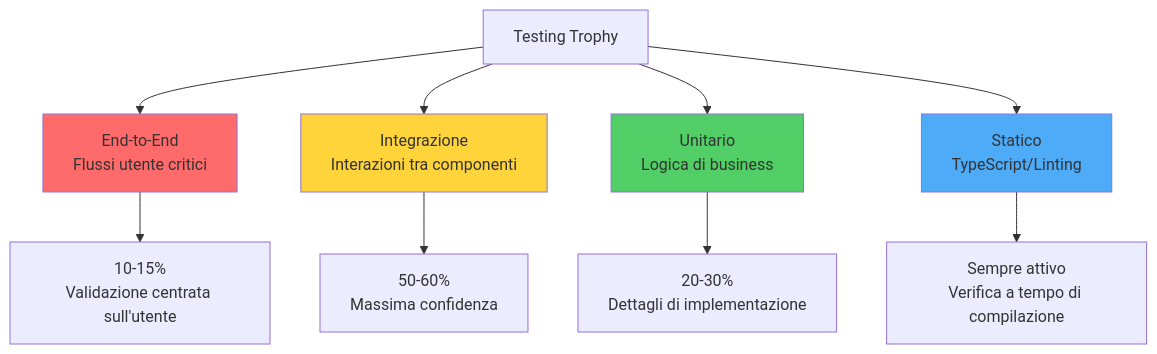
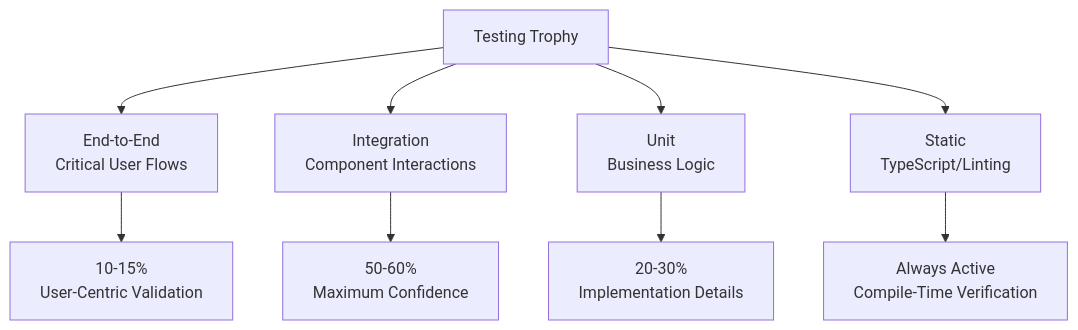
One commit to BabaScience/react-guides changed the second of 10 diagrams in arguments/chapters/it/10-testing.md. Above: the diagram before and after it, drawn with Mermaid. The commit also changed other lines of this file and 29 other files, not shown here.

First line of the commit message:
Bring React FR/IT translations to full English parity + theme-safe diagrams

````diff
--- a/arguments/chapters/it/10-testing.md
+++ b/arguments/chapters/it/10-testing.md
@@ -41,17 +40,13 @@
 ```mermaid
 graph TD
-    A[Testing Trophy] --> B[End-to-End<br/>Flussi utente critici]
-    A --> C[Integrazione<br/>Interazioni tra componenti]
-    A --> D[Unitario<br/>Logica di business]
-    A --> E[Statico<br/>TypeScript/Linting]
-
-    B --> B1[10-15%<br/>Validazione centrata sull'utente]
-    C --> C1[50-60%<br/>Massima confidenza]
-    D --> D1[20-30%<br/>Dettagli di implementazione]
-    E --> E1[Sempre attivo<br/>Verifica a tempo di compilazione]
-
-    style E fill:#4dabf7
-    style D fill:#51cf66
-    style C fill:#ffd43b
-    style B fill:#ff6b6b
+    A[Testing Trophy] --> B[End-to-End<br/>Critical User Flows]
+    A --> C[Integration<br/>Component Interactions]
+    A --> D[Unit<br/>Business Logic]
+    A --> E[Static<br/>TypeScript/Linting]
+    
+    B --> B1[10-15%<br/>User-Centric Validation]
+    C --> C1[50-60%<br/>Maximum Confidence]
+    D --> D1[20-30%<br/>Implementation Details]
+    E --> E1[Always Active<br/>Compile-Time Verification]
+    
 ```
````
